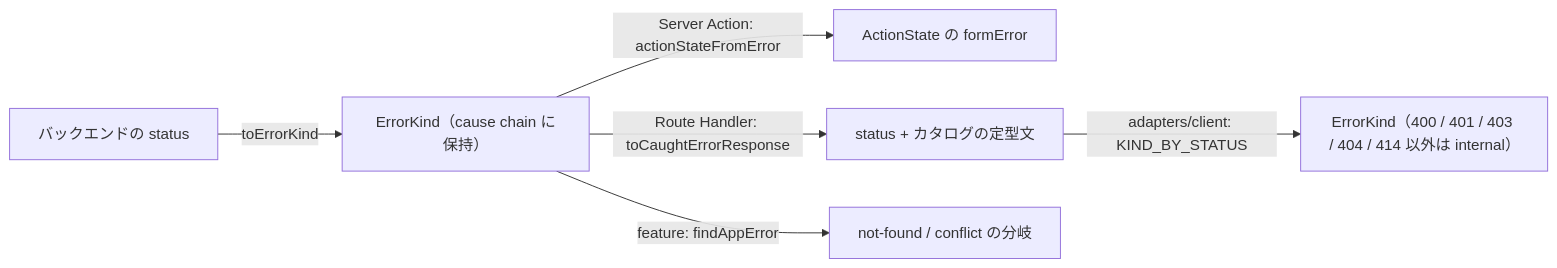
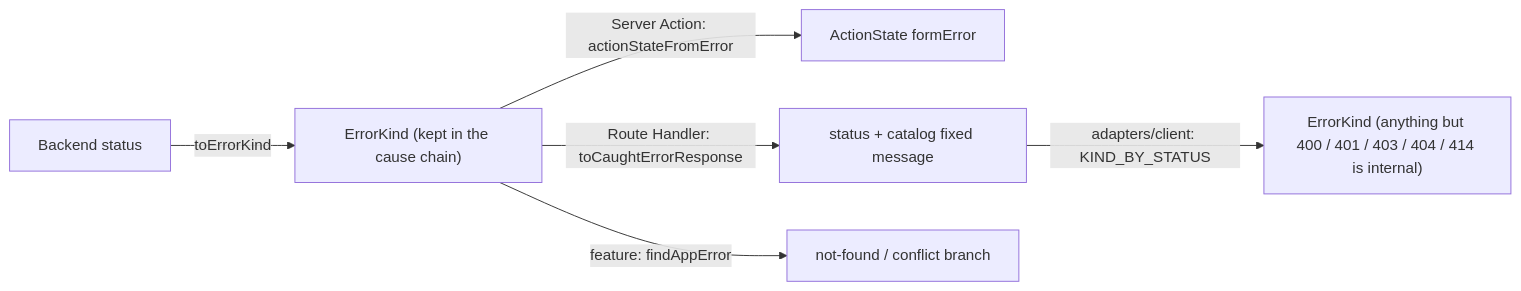
Before and after one commit to Tomy-ch/nextjs-boilerplate: the second of 2 diagrams in docs/design/data-fetching.md, drawn with Mermaid. The commit also changed other lines of this file and 189 other files, not shown here.

````diff
--- a/docs/design/data-fetching.md
+++ b/docs/design/data-fetching.md
@@ -148,8 +148,8 @@
 ```mermaid
 flowchart LR
-  A["バックエンドの status"] -->|toErrorKind| K["ErrorKind（cause chain に保持）"]
-  K -->|Server Action: actionStateFromError| S["ActionState の formError"]
-  K -->|Route Handler: toCaughtErrorResponse| H["status + カタログの定型文"]
-  H -->|adapters/client: KIND_BY_STATUS| C["ErrorKind（400 / 401 / 403 / 404 / 414 以外は internal）"]
-  K -->|feature: findAppError| N["not-found / conflict の分岐"]
+  A["Backend status"] -->|toErrorKind| K["ErrorKind (kept in the cause chain)"]
+  K -->|Server Action: actionStateFromError| S["ActionState formError"]
+  K -->|Route Handler: toCaughtErrorResponse| H["status + catalog fixed message"]
+  H -->|adapters/client: KIND_BY_STATUS| C["ErrorKind (anything but 400 / 401 / 403 / 404 / 414 is internal)"]
+  K -->|feature: findAppError| N["not-found / conflict branch"]
 ```
````
